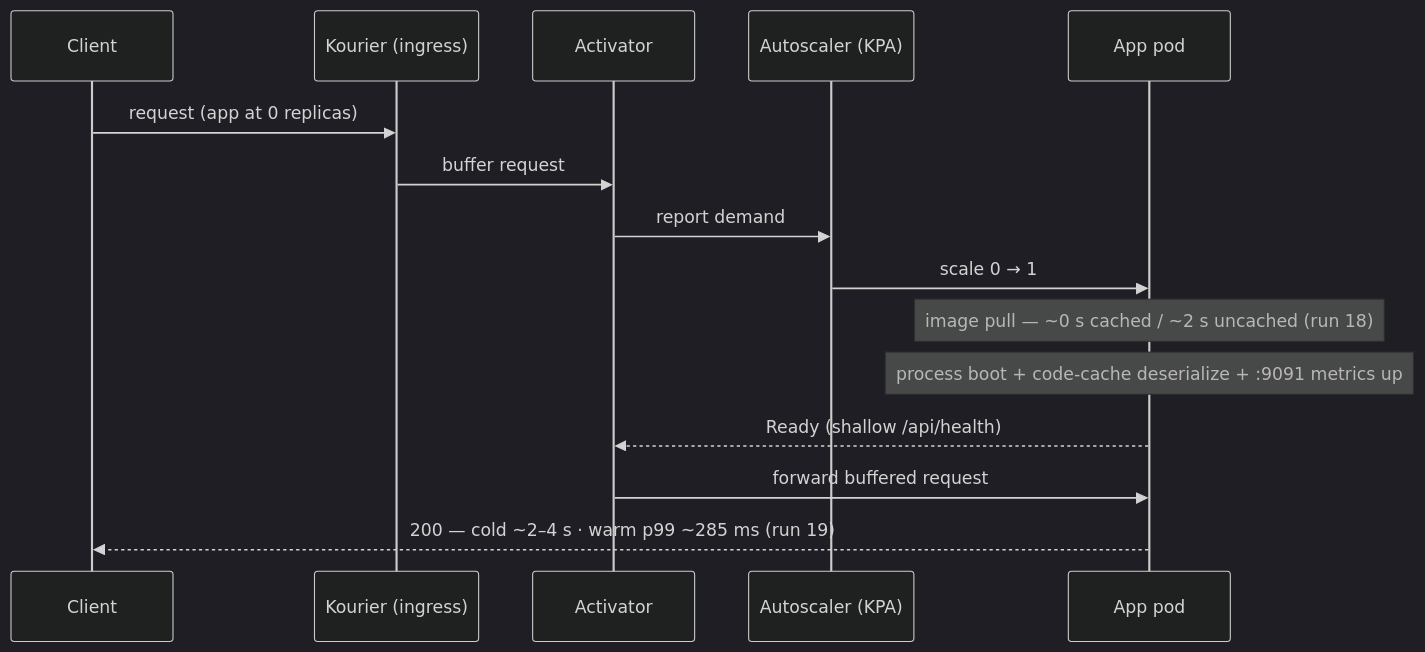
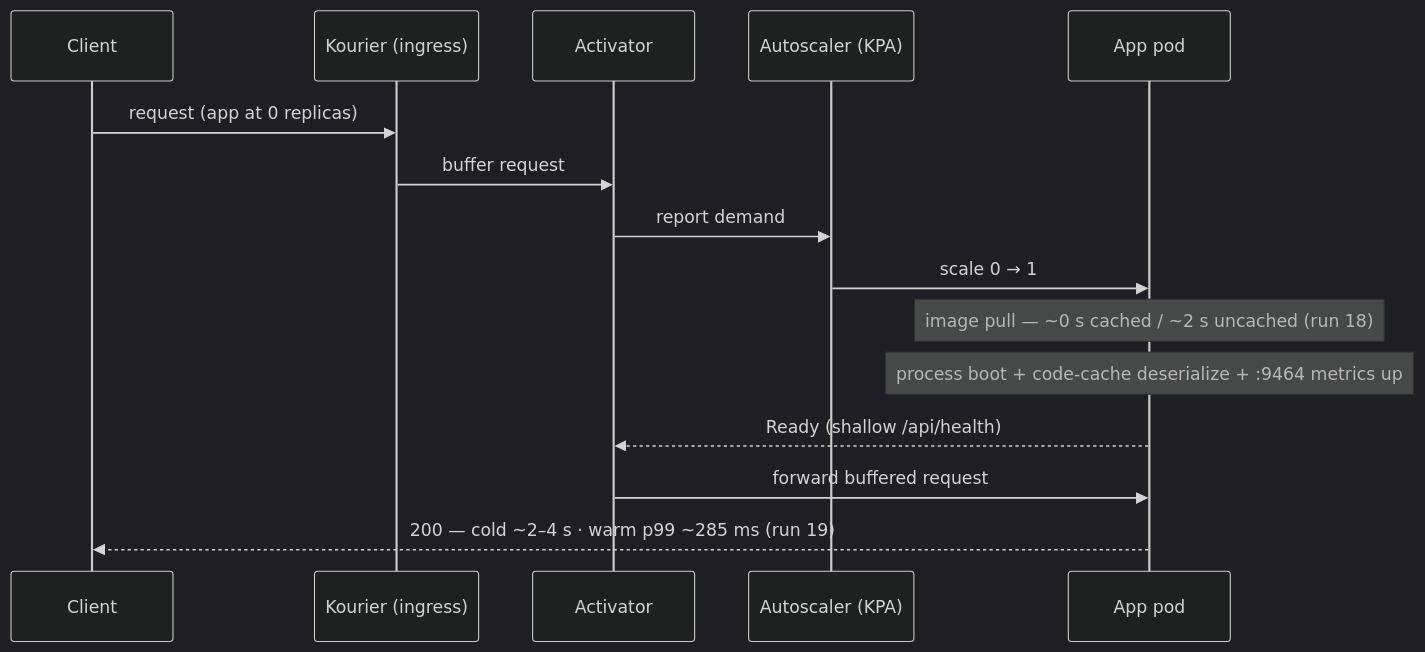
The seventh of 8 diagrams in docs/ARCHITECTURE.md (getknext-dev/knext), drawn with Mermaid (dark theme) before and after one commit. The commit also changed 21 other files, not shown here.

````diff
--- a/docs/ARCHITECTURE.md
+++ b/docs/ARCHITECTURE.md
@@ -400,18 +400,18 @@
 ```mermaid
 sequenceDiagram
     participant C as Client
     participant K as Kourier (ingress)
     participant A as Activator
     participant AS as Autoscaler (KPA)
     participant P as App pod
 
     C->>K: request (app at 0 replicas)
     K->>A: buffer request
     A->>AS: report demand
     AS->>P: scale 0 → 1
     Note over P: image pull — ~0 s cached / ~2 s uncached (run 18)
-    Note over P: process boot + code-cache deserialize + :9091 metrics up
+    Note over P: process boot + code-cache deserialize + :9464 metrics up
     P-->>A: Ready (shallow /api/health)
     A->>P: forward buffered request
     P-->>C: 200 — cold ~2–4 s · warm p99 ~285 ms (run 19)
 ```
````
